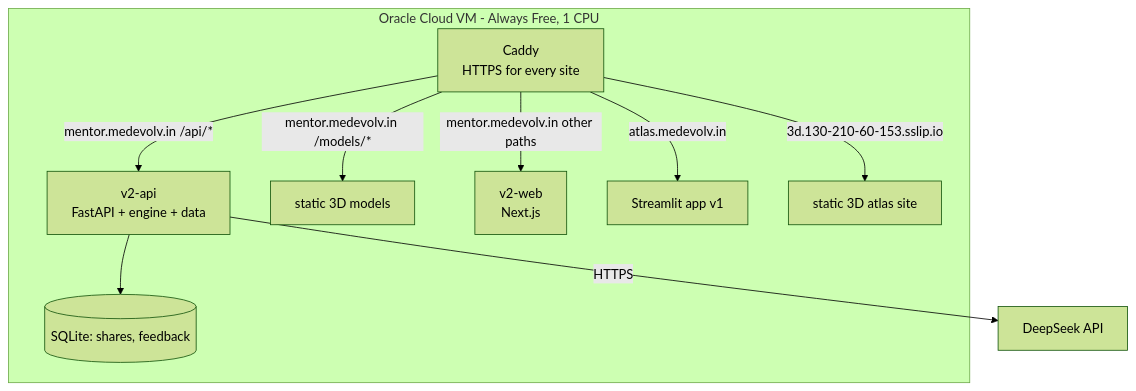
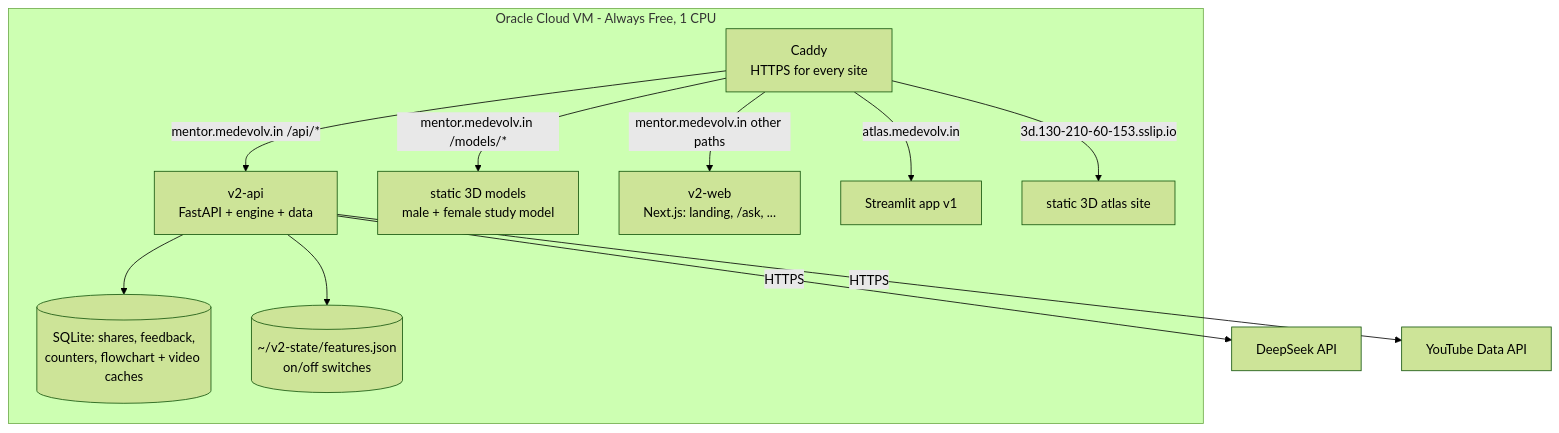
The third of 3 diagrams in docs/team/TEAM_GUIDE.md (dr-ishaanwadhwa/medevolv-mentor), drawn with Mermaid (forest theme) before and after one commit. The commit also changed other lines of this file and 2 other files, not shown here.

````diff
--- a/docs/team/TEAM_GUIDE.md
+++ b/docs/team/TEAM_GUIDE.md
@@ -351,13 +481,15 @@
 ```mermaid
 flowchart TB
   subgraph VM[Oracle Cloud VM - Always Free, 1 CPU]
     C[Caddy<br/>HTTPS for every site]
     C -- "mentor.medevolv.in /api/*" --> API[v2-api<br/>FastAPI + engine + data]
-    C -- "mentor.medevolv.in /models/*" --> M[static 3D models]
-    C -- "mentor.medevolv.in other paths" --> WEB[v2-web<br/>Next.js]
+    C -- "mentor.medevolv.in /models/*" --> M[static 3D models<br/>male + female study model]
+    C -- "mentor.medevolv.in other paths" --> WEB[v2-web<br/>Next.js: landing, /ask, ...]
     C -- "atlas.medevolv.in" --> ST[Streamlit app v1]
     C -- "3d.130-210-60-153.sslip.io" --> AT[static 3D atlas site]
-    API --> DB[(SQLite: shares, feedback)]
+    API --> DB[(SQLite: shares, feedback,<br/>counters, flowchart + video caches)]
+    API --> FF[(~/v2-state/features.json<br/>on/off switches)]
   end
   API -- HTTPS --> DS[DeepSeek API]
+  API -- HTTPS --> YT[YouTube Data API]
 ```
````
